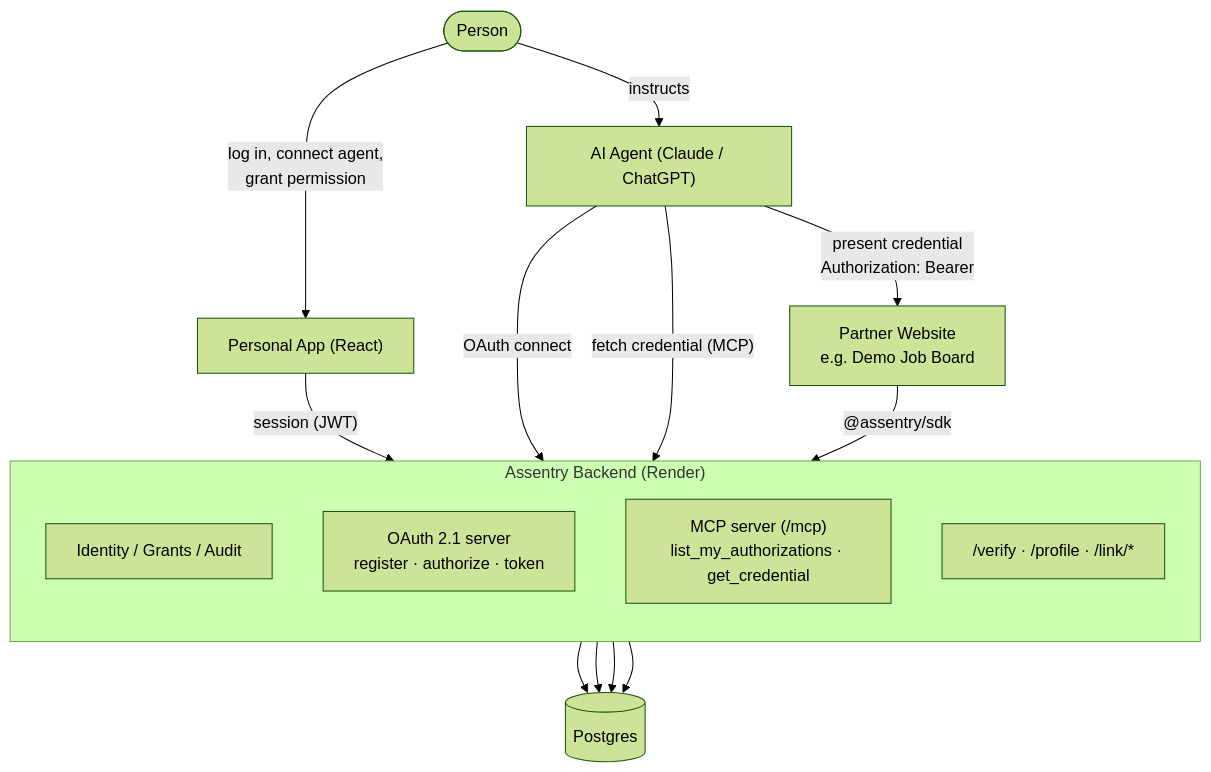
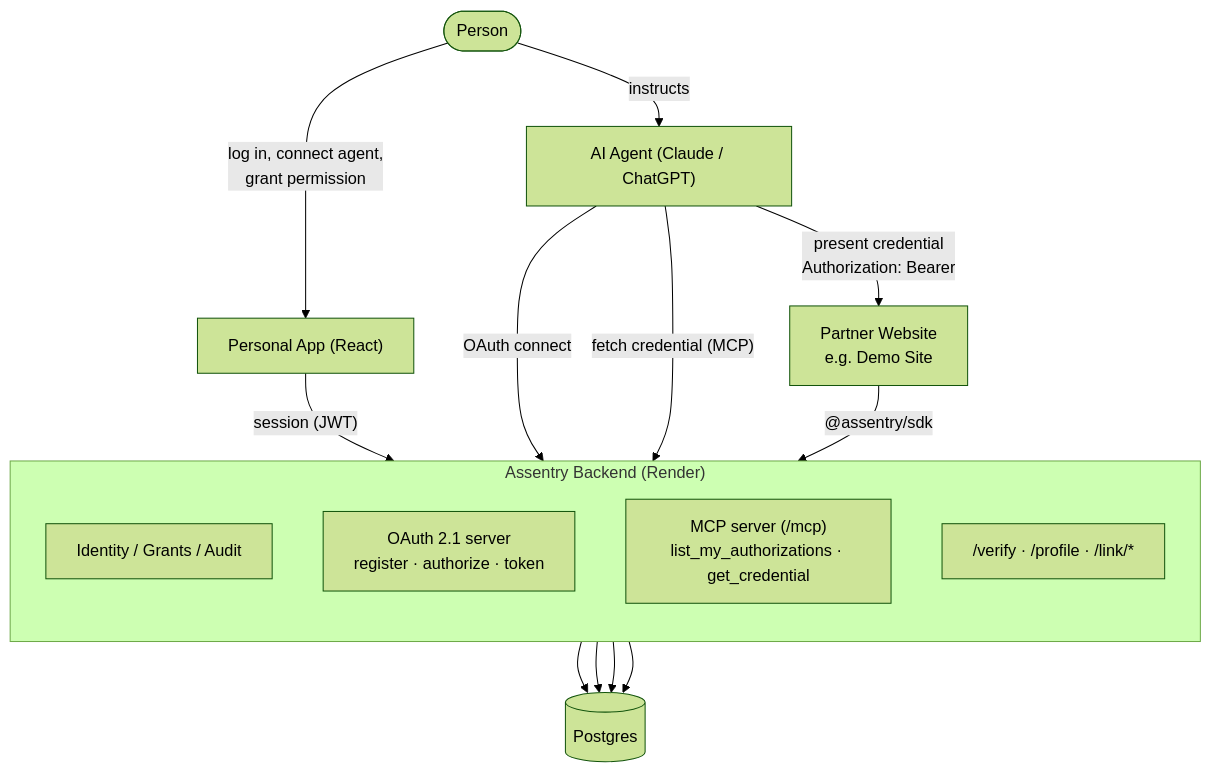
The diagram in ARCHITECTURE.md (assentry/assentry), drawn with Mermaid (forest theme) before and after one commit. The commit also changed 15 other files, not shown here.

First line of the commit message:
Rename the demo partner site to Demo Site, with no job naming

````diff
--- a/ARCHITECTURE.md
+++ b/ARCHITECTURE.md
@@ -3,28 +3,28 @@
 ```mermaid
 flowchart TB
     User(["Person"])
     App["Personal App (React)"]
     Agent["AI Agent (Claude / ChatGPT)"]
-    Partner["Partner Website<br/>e.g. Demo Job Board"]
+    Partner["Partner Website<br/>e.g. Demo Site"]
     DB[("Postgres")]
 
     subgraph Assentry["Assentry Backend (Render)"]
         direction TB
         Core["Identity / Grants / Audit"]
         OAuthSrv["OAuth 2.1 server<br/>register · authorize · token"]
         MCP["MCP server (/mcp)<br/>list_my_authorizations · get_credential"]
         Verify["/verify · /profile · /link/*"]
     end
 
     User -- "log in, connect agent,<br/>grant permission" --> App
     App -- "session (JWT)" --> Core
     User -- "instructs" --> Agent
     Agent -- "OAuth connect" --> OAuthSrv
     Agent -- "fetch credential (MCP)" --> MCP
     Agent -- "present credential<br/>Authorization: Bearer" --> Partner
     Partner -- "@assentry/sdk" --> Verify
     Core --> DB
     OAuthSrv --> DB
     MCP --> DB
     Verify --> DB
 ```
````
